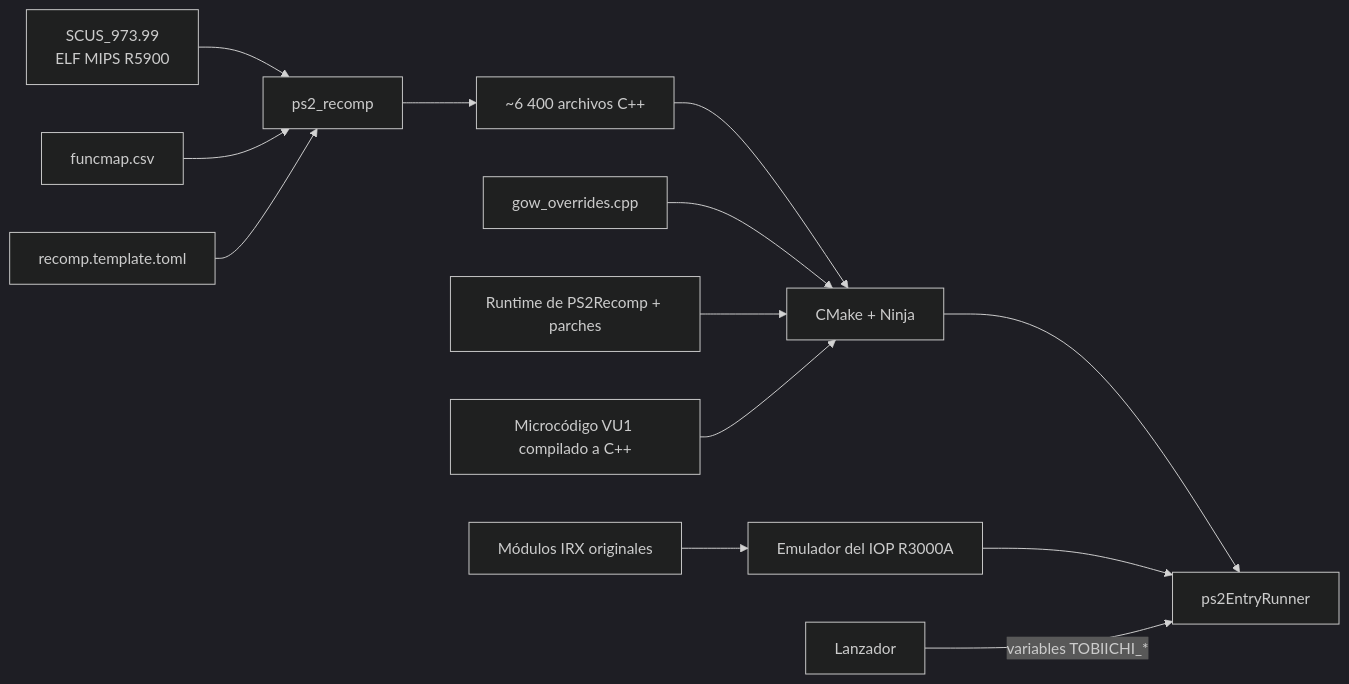
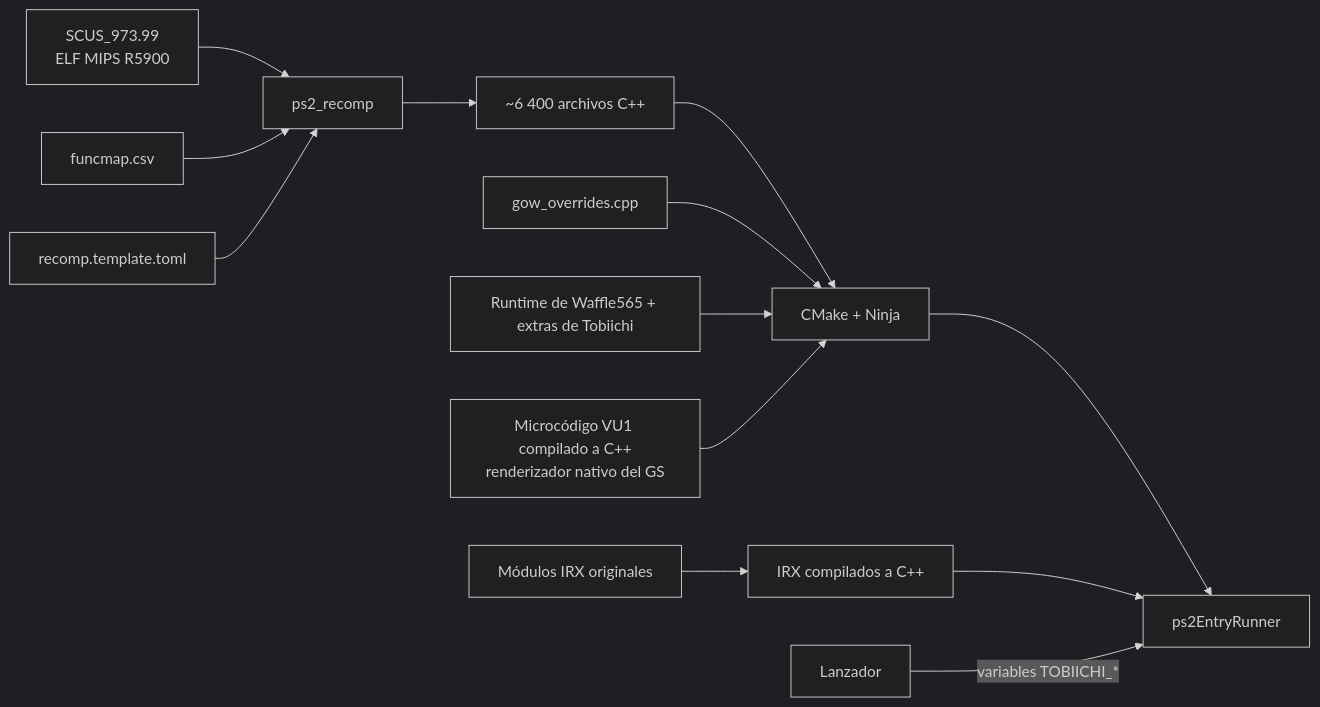
Before and after one commit to YYOzcan/Tobiichi-Port: the diagram in README.es.md, drawn with Mermaid (dark theme). The commit also changed other lines of this file and 11 other files, not shown here.

````diff
--- a/README.es.md
+++ b/README.es.md
@@ -162,15 +140,15 @@
 ```mermaid
 flowchart LR
     A[SCUS_973.99<br/>ELF MIPS R5900] --> B[ps2_recomp]
     M[funcmap.csv] --> B
     C[recomp.template.toml] --> B
     B --> D[~6 400 archivos C++]
     D --> E[CMake + Ninja]
     O[gow_overrides.cpp] --> E
-    P[Runtime de PS2Recomp + parches] --> E
-    V[Microcódigo VU1 compilado a C++] --> E
+    P[Runtime de Waffle565 + extras de Tobiichi] --> E
+    V[Microcódigo VU1 compilado a C++<br/>renderizador nativo del GS] --> E
     E --> F[ps2EntryRunner]
-    I[Módulos IRX originales] --> G[Emulador del IOP R3000A]
+    I[Módulos IRX originales] --> G[IRX compilados a C++]
     G --> F
     L[Lanzador] -->|variables TOBIICHI_*| F
 ```
````
